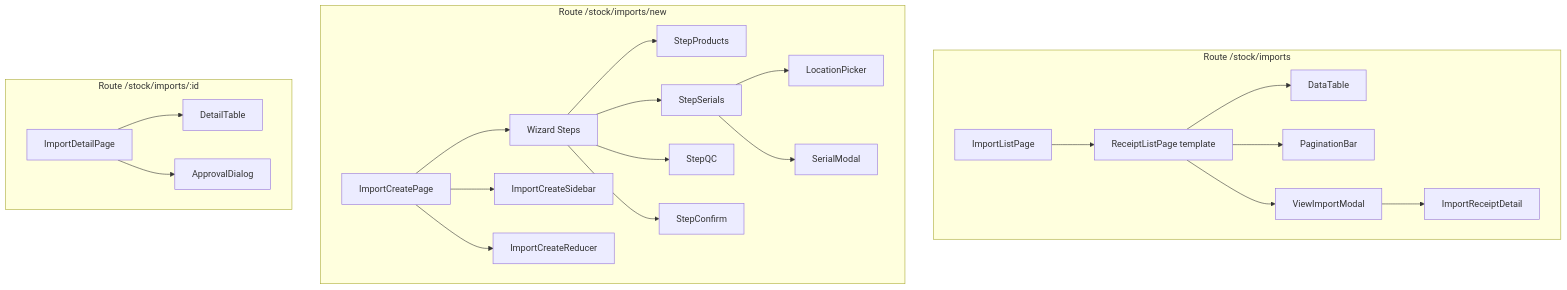
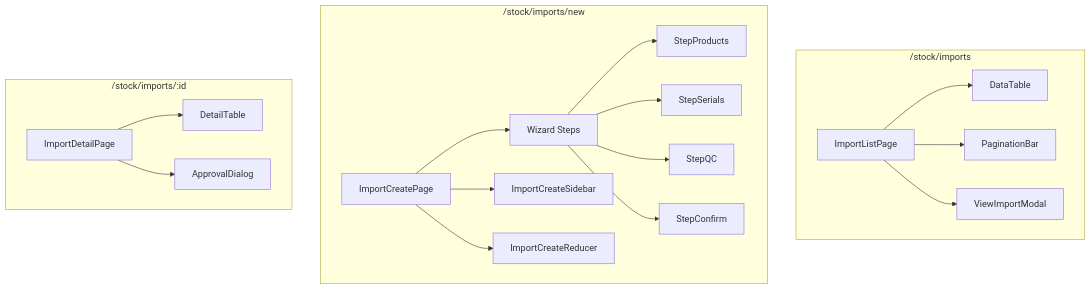
One commit to Java-Inventory-Management-System/Projects changed the second of 2 diagrams in docs/flows/fe/01-import-flow.md. Above: the diagram before and after it, drawn with Mermaid. The commit also changed other lines of this file and 3 other files, not shown here.

Commit message:
docs: reorganise FE mermaid diagrams — clean subgraph layout, fix cross-references

````diff
--- a/docs/flows/fe/01-import-flow.md
+++ b/docs/flows/fe/01-import-flow.md
@@ -91,27 +97,23 @@
 ```mermaid
 graph TD
-    subgraph "Route /stock/imports"
-        IL[ImportListPage] --> RLP[ReceiptListPage template]
-        RLP --> TB[DataTable]
-        RLP --> PB[PaginationBar]
-        RLP --> VM[ViewImportModal]
-        VM --> DT[ImportReceiptDetail]
+    subgraph "/stock/imports"
+        IL[ImportListPage] --> TB[DataTable]
+        IL --> PB[PaginationBar]
+        IL --> VM[ViewImportModal]
     end
 
-    subgraph "Route /stock/imports/new"
+    subgraph "/stock/imports/new"
         IC[ImportCreatePage] --> WZ[Wizard Steps]
-        WZ --> SP[StepProducts]
-        WZ --> SS[StepSerials]
-        WZ --> SQ[StepQC]
-        WZ --> SC[StepConfirm]
-        SS --> LP[LocationPicker]
-        SS --> SM[SerialModal]
+        WZ --> S1[StepProducts]
+        WZ --> S2[StepSerials]
+        WZ --> S3[StepQC]
+        WZ --> S4[StepConfirm]
         IC --> SB[ImportCreateSidebar]
         IC --> RD[ImportCreateReducer]
     end
 
-    subgraph "Route /stock/imports/:id"
+    subgraph "/stock/imports/:id"
         ID[ImportDetailPage] --> DT2[DetailTable]
         ID --> AP[ApprovalDialog]
     end
 ```
````
